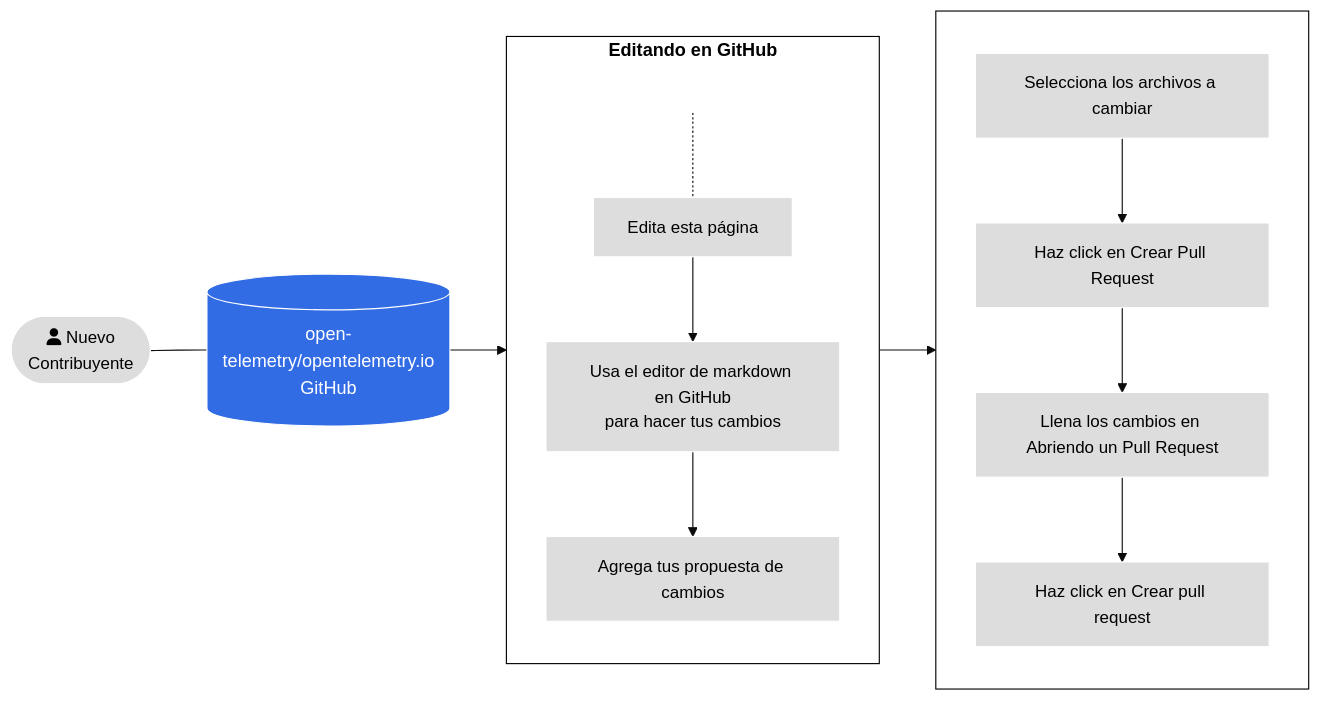
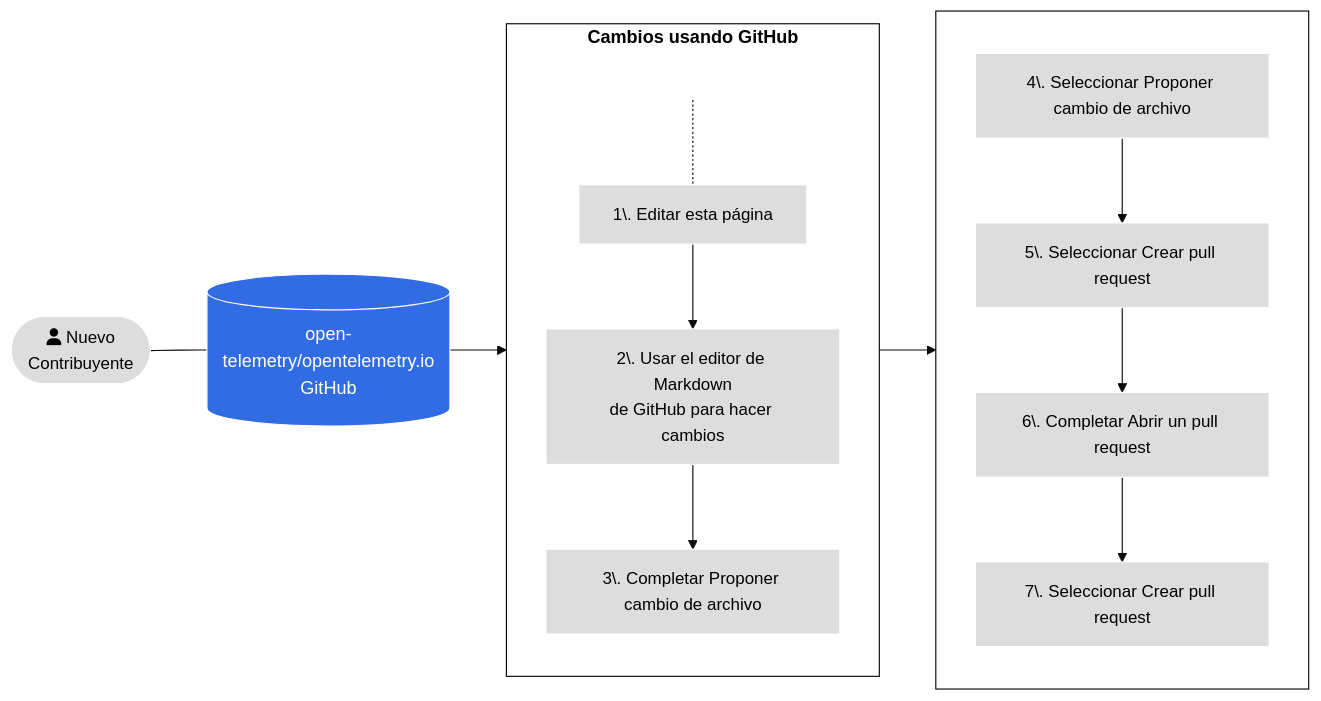
The second of 4 diagrams in content/es/docs/contributing/pull-requests.md (open-telemetry/opentelemetry.io), drawn with Mermaid (base theme) before and after one commit. The commit also changed other lines of this file and 13 other files, not shown here.

````diff
--- a/content/es/docs/contributing/pull-requests.md
+++ b/content/es/docs/contributing/pull-requests.md
@@ -60,27 +97,27 @@
 ```mermaid
 flowchart LR
 A([fa:fa-user Nuevo<br>Contribuyente]) --- id1[(open-telemetry/opentelemetry.io<br>GitHub)]
-subgraph tasks[Editando en GitHub]
+subgraph tasks[Cambios usando GitHub]
 direction TB
     0[ ] -.-
-    1[Edita esta página] --> 2[Usa el editor de markdown en GitHub<br>para hacer tus cambios]
-    2 --> 3[Agrega tus propuesta de cambios]
+    1[1\. Editar esta página] --> 2[2\. Usar el editor de Markdown<br>de GitHub para hacer cambios]
+    2 --> 3[3\. Completar Proponer cambio de archivo]
 
 end
 subgraph tasks2[ ]
 direction TB
-4[Selecciona los archivos a cambiar] --> 5[Haz click en Crear Pull Request] --> 6[Llena los cambios en Abriendo un Pull Request]
-6 --> 7[Haz click en Crear pull request]
+4[4\. Seleccionar Proponer cambio de archivo] --> 5[5\. Seleccionar Crear pull request] --> 6[6\. Completar Abrir un pull request]
+6 --> 7[7\. Seleccionar Crear pull request]
 end
 
 id1 --> tasks --> tasks2
 
 classDef grey fill:#dddddd,stroke:#ffffff,stroke-width:px,color:#000000, font-size:15px;
 classDef white fill:#ffffff,stroke:#000,stroke-width:px,color:#000,font-weight:bold
 classDef k8s fill:#326ce5,stroke:#fff,stroke-width:1px,color:#fff;
 classDef spacewhite fill:#ffffff,stroke:#fff,stroke-width:0px,color:#000
 class A,1,2,3,4,5,6,7 grey
 class 0 spacewhite
 class tasks,tasks2 white
 class id1 k8s
 ```
````
